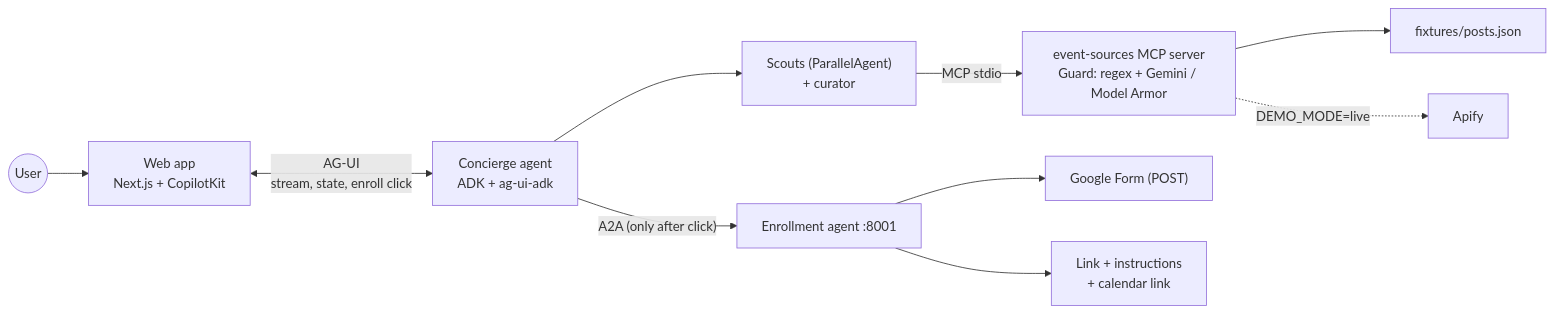
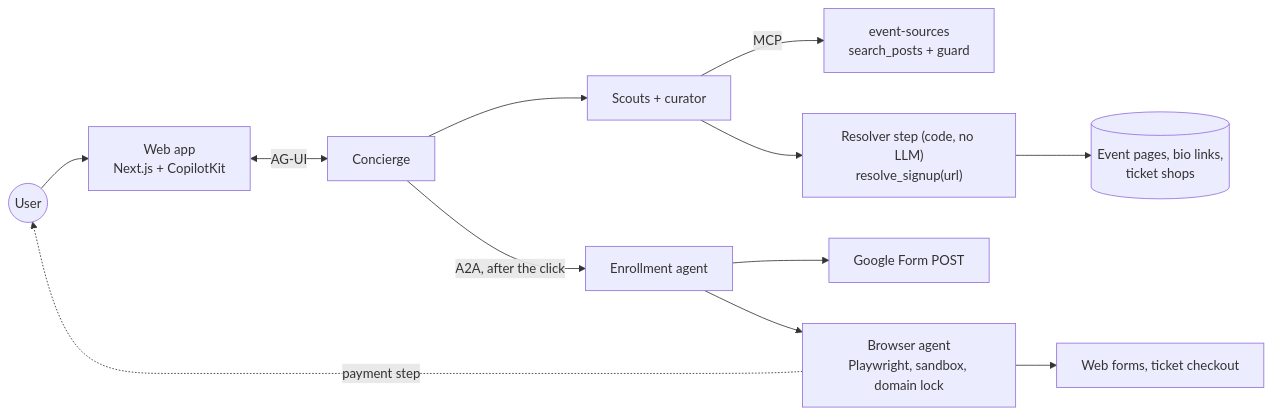
The diagram in PLAN.md (TimAlexanderStrauss/GDG_Hackathon), drawn with Mermaid before and after one commit. The commit also changed other lines of this file and 27 other files, not shown here.

````diff
--- a/PLAN.md
+++ b/PLAN.md
@@ -95,12 +88,14 @@
 ```mermaid
 flowchart LR
   U((User)) --> W["Web app<br/>Next.js + CopilotKit"]
-  W <-->|"AG-UI<br/>stream, state, enroll click"| C["Concierge agent<br/>ADK + ag-ui-adk"]
-  C --> S["Scouts (ParallelAgent)<br/>+ curator"]
-  S -->|MCP stdio| M["event-sources MCP server<br/>Guard: regex + Gemini / Model Armor"]
-  M --> FX["fixtures/posts.json"]
-  M -.->|"DEMO_MODE=live"| AP["Apify"]
-  C -->|"A2A (only after click)"| E["Enrollment agent :8001"]
-  E --> GF["Google Form (POST)"]
-  E --> CAL["Link + instructions<br/>+ calendar link"]
+  W <-->|AG-UI| C["Concierge"]
+  C --> S["Scouts + curator"]
+  S -->|MCP| M["event-sources<br/>search_posts + guard"]
+  S --> R["Resolver step (code, no LLM)<br/>resolve_signup(url)"]
+  R --> P[("Event pages, bio links,<br/>ticket shops")]
+  C -->|"A2A, after the click"| E["Enrollment agent"]
+  E --> GF["Google Form POST"]
+  E --> B["Browser agent<br/>Playwright, sandbox, domain lock"]
+  B --> WF["Web forms, ticket checkout"]
+  B -.->|"payment step"| U
 ```
````
